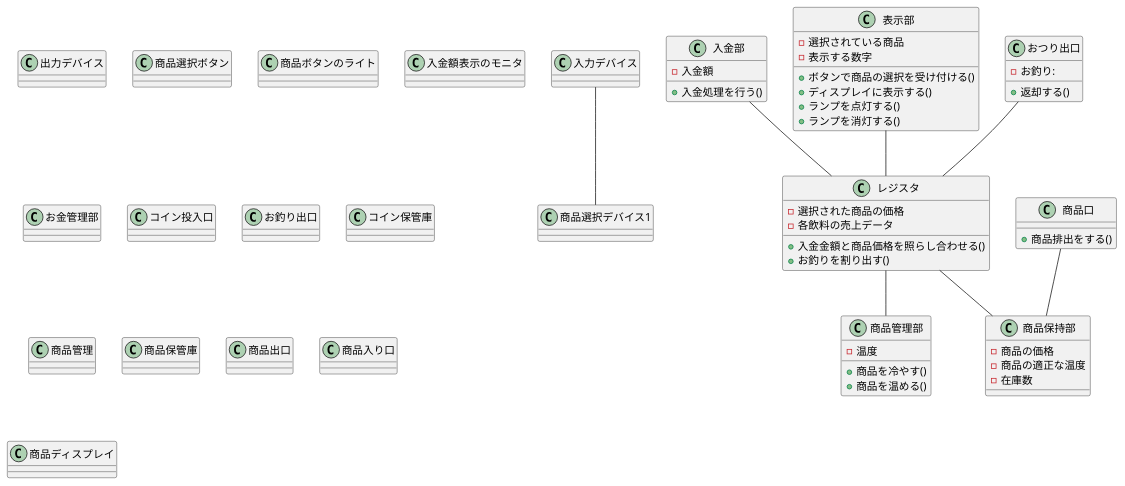
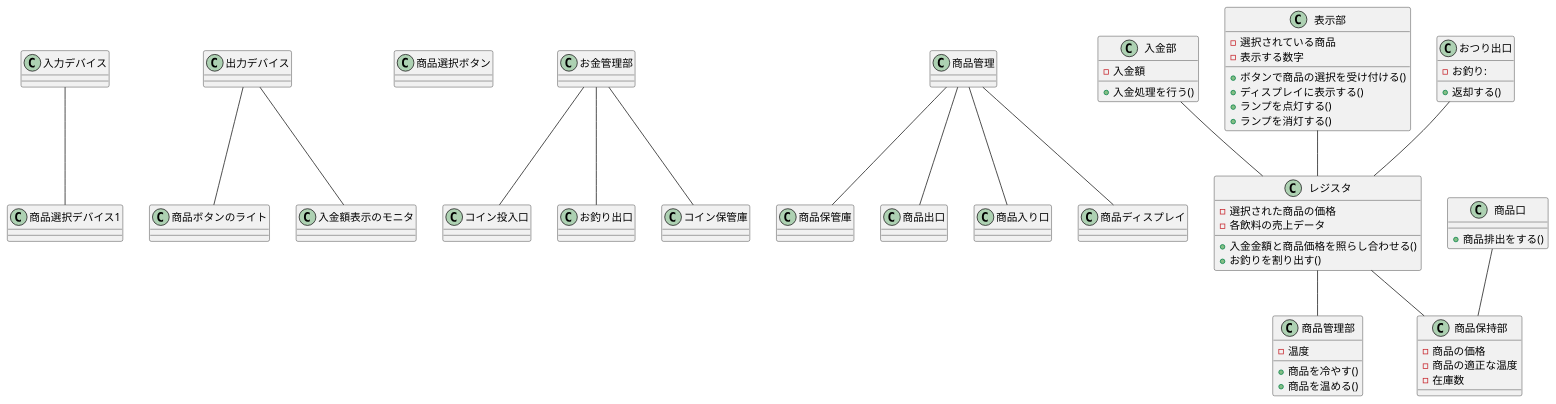
One commit to SLP-ETR-public/plantUML-recture changed the diagram in kattsun17/Q03/class.pu. Above: the diagram before and after it, drawn with PlantUML. The commit also changed 1 other file, not shown here.

```diff
--- a/kattsun17/Q03/class.pu
+++ b/kattsun17/Q03/class.pu
@@ -1,113 +1,121 @@
 @startuml
 
 class 入力デバイス {
 
 }
 
 class 出力デバイス {
 
 }
 
 class 商品選択ボタン {
 
 }
 
 class 商品ボタンのライト {
 
 }
 
 class 入金額表示のモニタ {
 
 }
 
 class お金管理部 {
 
 }
 
 class コイン投入口 {
 
 }
 
 class お釣り出口 {
 
 }
 
 class コイン保管庫 {
 
 }
 
 class 商品管理 {
 
 }
 
 class 商品保管庫 {
 
 }
 
 class 商品出口 {
 
 }
 
 class 商品入り口 {
 
 }
 
 class 商品ディスプレイ {
 
 }
 
 
 
 class 入金部 {
     - 入金額
     + 入金処理を行う()
 }
 
 class 表示部 {
     - 選択されている商品
     - 表示する数字
     + ボタンで商品の選択を受け付ける()
     + ディスプレイに表示する()
     + ランプを点灯する()
     + ランプを消灯する()
 }
 
 class レジスタ {
     - 選択された商品の価格
     - 各飲料の売上データ
     + 入金金額と商品価格を照らし合わせる()
     + お釣りを割り出す()
 }
 
 class おつり出口 {
     - お釣り:
     + 返却する()
 }
 
 class 商品管理部 {
     - 温度
     + 商品を冷やす()
     + 商品を温める()
 }
 
 class 商品保持部 {
     - 商品の価格
     - 商品の適正な温度
     - 在庫数
 }
 
 class 商品口 {
     + 商品排出をする()
 } 
 
 レジスタ -- 商品保持部
 商品口 -- 商品保持部
 おつり出口 -- レジスタ
 入金部 -- レジスタ
 レジスタ -- 商品管理部
 表示部 -- レジスタ
 
 入力デバイス -- 商品選択デバイス1
-
+出力デバイス -- 商品ボタンのライト
+出力デバイス -- 入金額表示のモニタ
+お金管理部 -- コイン投入口
+お金管理部 -- お釣り出口
+お金管理部 -- コイン保管庫
+商品管理 -- 商品保管庫
+商品管理 -- 商品出口
+商品管理 -- 商品入り口
+商品管理 -- 商品ディスプレイ 
 
 @enduml
```
